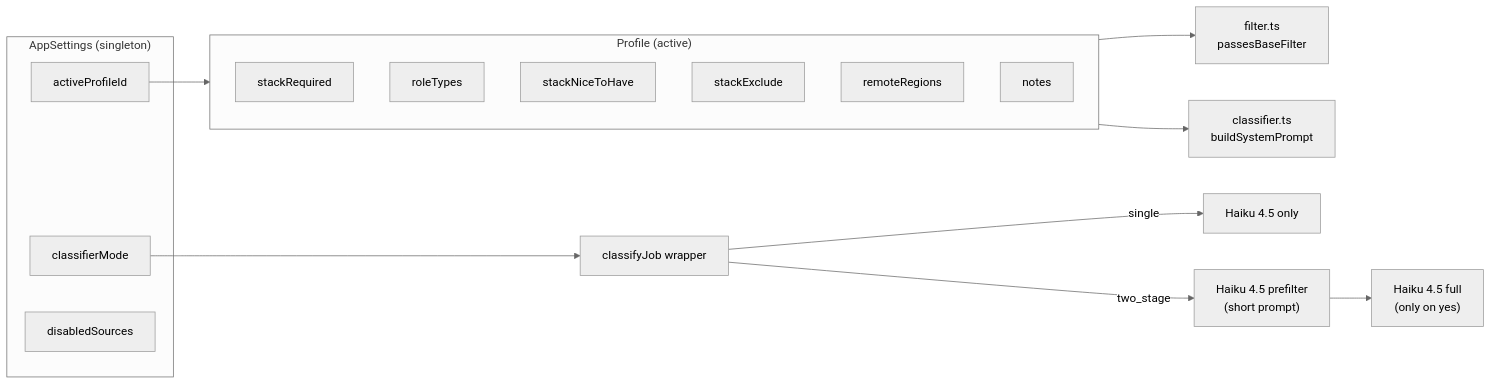
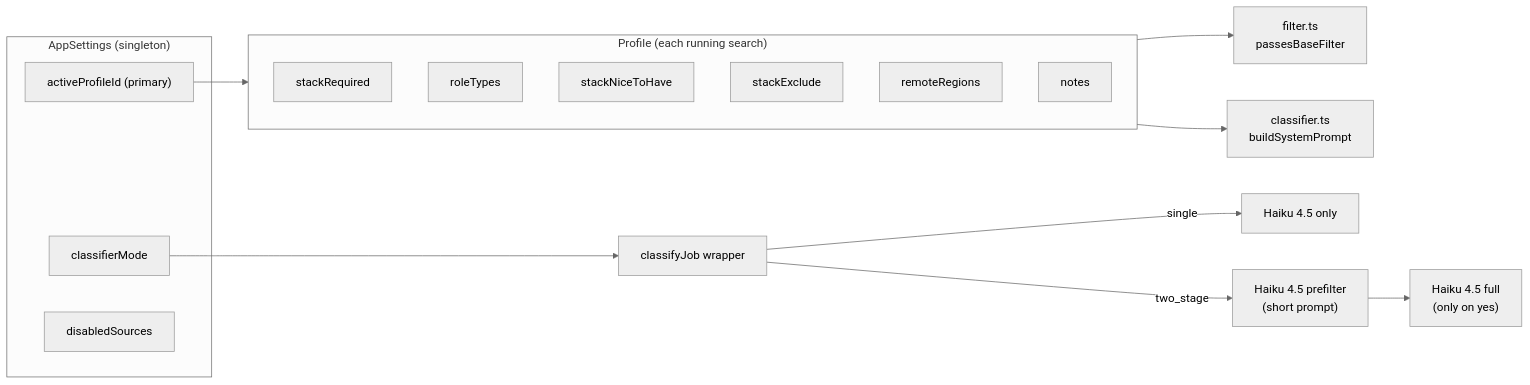
The fourth of 5 diagrams in ARCHITECTURE.md (applypack/applypack), drawn with Mermaid (neutral theme) before and after one commit. The commit also changed other lines of this file and 8 other files, not shown here.

````diff
--- a/ARCHITECTURE.md
+++ b/ARCHITECTURE.md
@@ -130,22 +130,22 @@
 ```mermaid
 flowchart LR
   subgraph settings["AppSettings (singleton)"]
-    apId[activeProfileId]
+    apId["activeProfileId (primary)"]
     cm[classifierMode]
     dsr[disabledSources]
   end
-  subgraph profile["Profile (active)"]
+  subgraph profile["Profile (each running search)"]
     sr[stackRequired]
     rt[roleTypes]
     snth[stackNiceToHave]
     sex[stackExclude]
     rg[remoteRegions]
     notes
   end
   apId --> profile
   profile --> filter["filter.ts<br/>passesBaseFilter"]
   profile --> classifier["classifier.ts<br/>buildSystemPrompt"]
   cm --> classifyJob["classifyJob wrapper"]
   classifyJob -- "single" --> haiku45["Haiku 4.5 only"]
   classifyJob -- "two_stage" --> haiku45p["Haiku 4.5 prefilter<br/>(short prompt)"] --> haiku45full["Haiku 4.5 full<br/>(only on yes)"]
 ```
````
